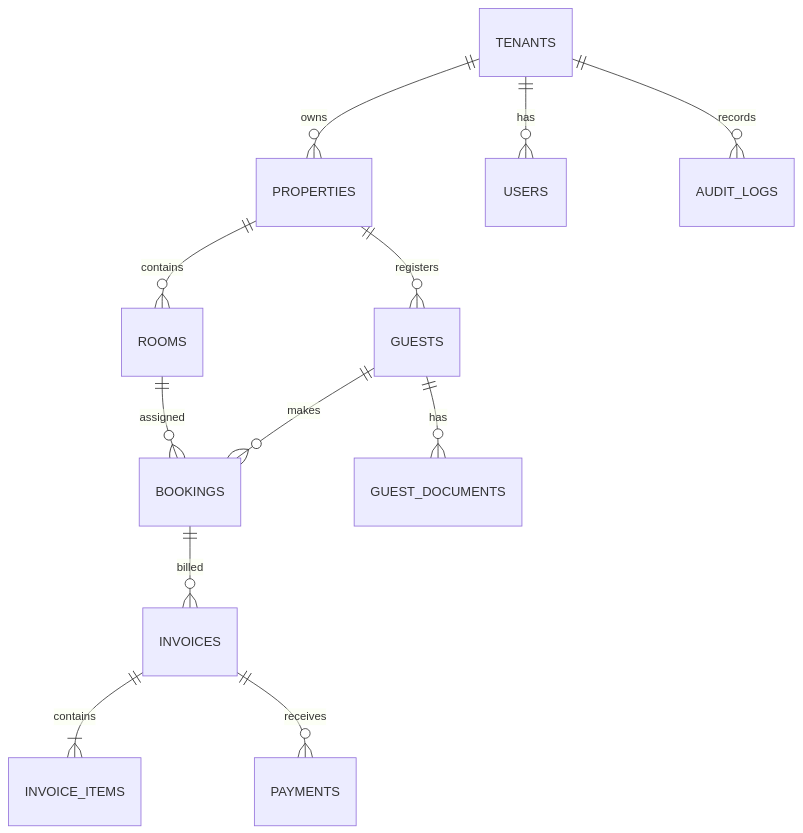
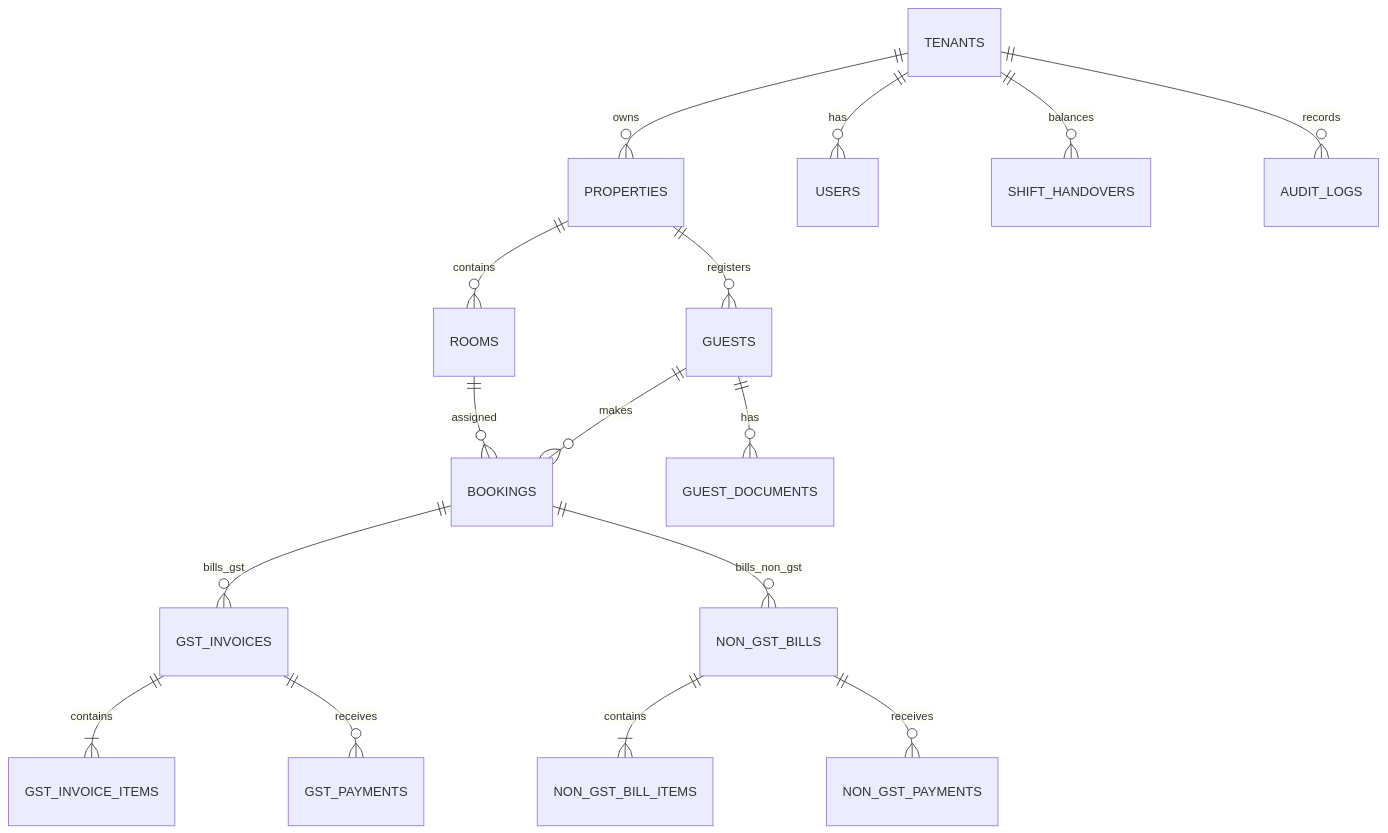
The ninth of 9 diagrams in docs/ARCHITECTURE.md (paradkar267/Hotel-SaaS), drawn with Mermaid before and after one commit. The commit also changed other lines of this file and 64 other files, not shown here.

Commit message:
feat: complete HotelOS front-desk PMS, GST/Non-GST billing, and invoice flows

````diff
--- a/docs/ARCHITECTURE.md
+++ b/docs/ARCHITECTURE.md
@@ -48,14 +329,21 @@
 ```mermaid
 erDiagram
-  TENANTS ||--o{ PROPERTIES : owns
-  TENANTS ||--o{ USERS : has
-  PROPERTIES ||--o{ ROOMS : contains
-  PROPERTIES ||--o{ GUESTS : registers
-  GUESTS ||--o{ BOOKINGS : makes
-  ROOMS ||--o{ BOOKINGS : assigned
-  GUESTS ||--o{ GUEST_DOCUMENTS : has
-  BOOKINGS ||--o{ INVOICES : billed
-  INVOICES ||--|{ INVOICE_ITEMS : contains
-  INVOICES ||--o{ PAYMENTS : receives
-  TENANTS ||--o{ AUDIT_LOGS : records
+    TENANTS ||--o{ PROPERTIES : owns
+    TENANTS ||--o{ USERS : has
+    PROPERTIES ||--o{ ROOMS : contains
+    PROPERTIES ||--o{ GUESTS : registers
+    GUESTS ||--o{ BOOKINGS : makes
+    ROOMS ||--o{ BOOKINGS : assigned
+    GUESTS ||--o{ GUEST_DOCUMENTS : has
+    
+    BOOKINGS ||--o{ GST_INVOICES : bills_gst
+    GST_INVOICES ||--|{ GST_INVOICE_ITEMS : contains
+    GST_INVOICES ||--o{ GST_PAYMENTS : receives
+    
+    BOOKINGS ||--o{ NON_GST_BILLS : bills_non_gst
+    NON_GST_BILLS ||--|{ NON_GST_BILL_ITEMS : contains
+    NON_GST_BILLS ||--o{ NON_GST_PAYMENTS : receives
+    
+    TENANTS ||--o{ SHIFT_HANDOVERS : balances
+    TENANTS ||--o{ AUDIT_LOGS : records
 ```
````
